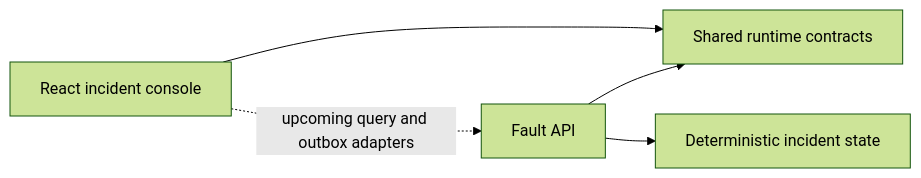
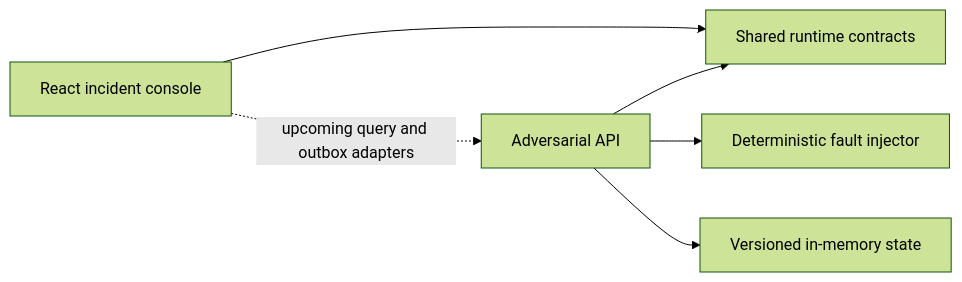
Before and after one commit to wasiliy-strecker/react-resilience-lab: the diagram in README.md, drawn with Mermaid (forest theme). The commit also changed other lines of this file and 1 other file, not shown here.

First line of the commit message:
docs: specify the adversarial API contract

````diff
--- a/README.md
+++ b/README.md
@@ -58,7 +61,8 @@
 ```mermaid
 flowchart LR
     Browser[React incident console] --> Contracts[Shared runtime contracts]
-    Browser -. upcoming query and outbox adapters .-> API[Fault API]
+    Browser -. upcoming query and outbox adapters .-> API[Adversarial API]
     API --> Contracts
-    API --> Seed[Deterministic incident state]
+    API --> Faults[Deterministic fault injector]
+    API --> State[Versioned in-memory state]
 ```
````
